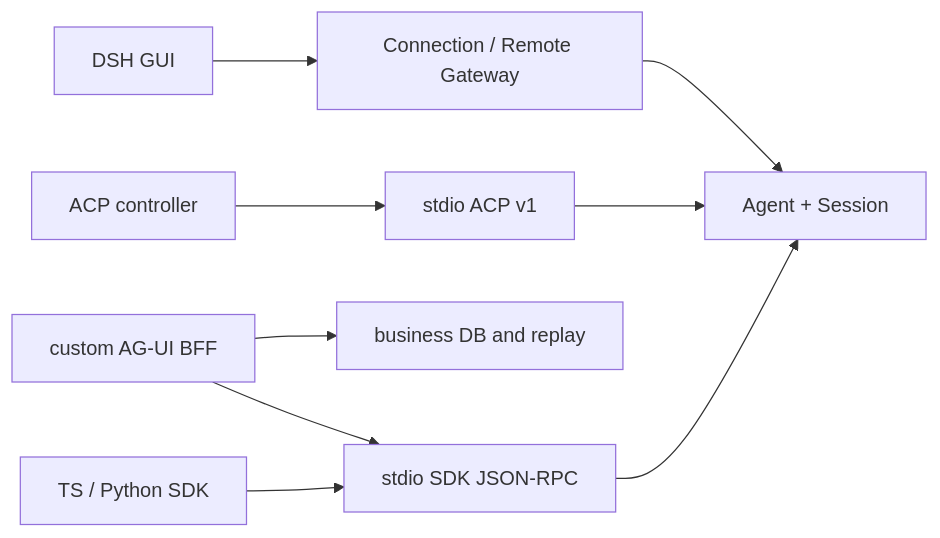
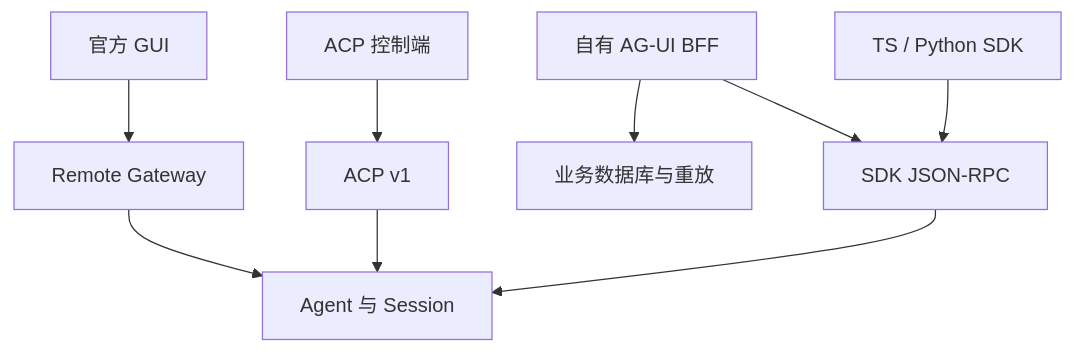
Before and after one commit to eriklee1895/hands-on-dsh: the diagram in how-dsh-works/07-sdk-jsonrpc-acp-and-web-host.md, drawn with Mermaid. The commit also changed other lines of this file and 86 other files, not shown here.

Commit message:
docs: improve course narrative, technical guidance, and diagrams

````diff
--- a/how-dsh-works/07-sdk-jsonrpc-acp-and-web-host.md
+++ b/how-dsh-works/07-sdk-jsonrpc-acp-and-web-host.md
@@ -41,11 +33,11 @@
 ```mermaid
-flowchart LR
-    SDK["TS / Python SDK"] --> S["stdio SDK JSON-RPC"]
-    ACP["ACP controller"] --> A["stdio ACP v1"]
-    WEB["DSH GUI"] --> W["Connection / Remote Gateway"]
-    S --> CORE["Agent + Session"]
+flowchart TD
+    SDK["TS / Python SDK"] --> S["SDK JSON-RPC"]
+    ACP["ACP 控制端"] --> A["ACP v1"]
+    WEB["官方 GUI"] --> W["Remote Gateway"]
+    S --> CORE["Agent 与 Session"]
     A --> CORE
     W --> CORE
-    BFF["custom AG-UI BFF"] --> S
-    BFF --> DB["business DB and replay"]
+    BFF["自有 AG-UI BFF"] --> S
+    BFF --> DB["业务数据库与重放"]
 ```
````
